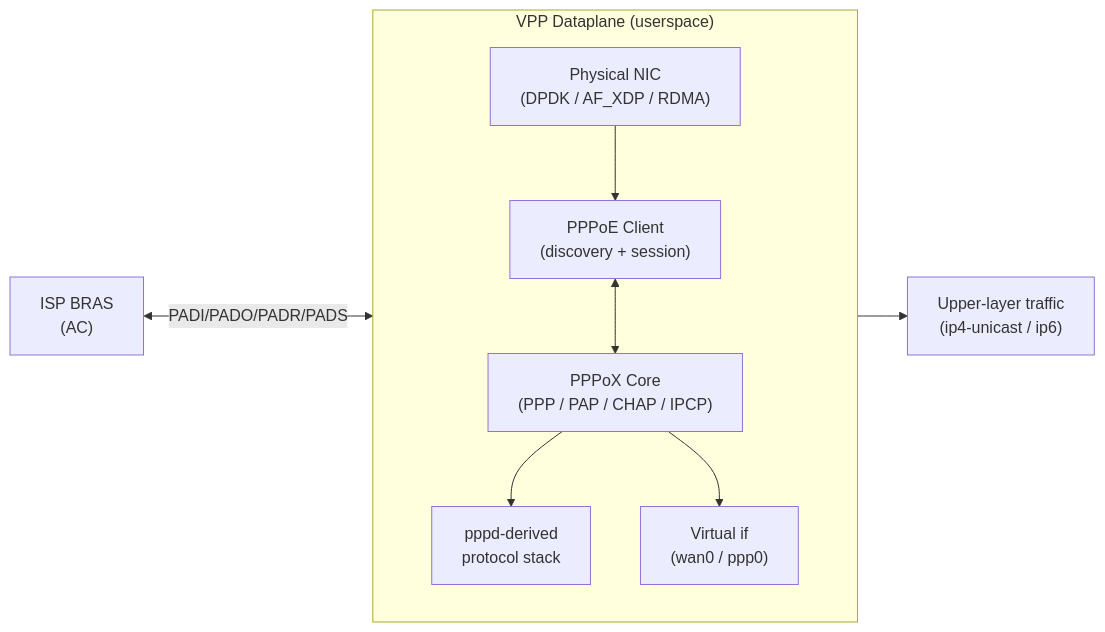
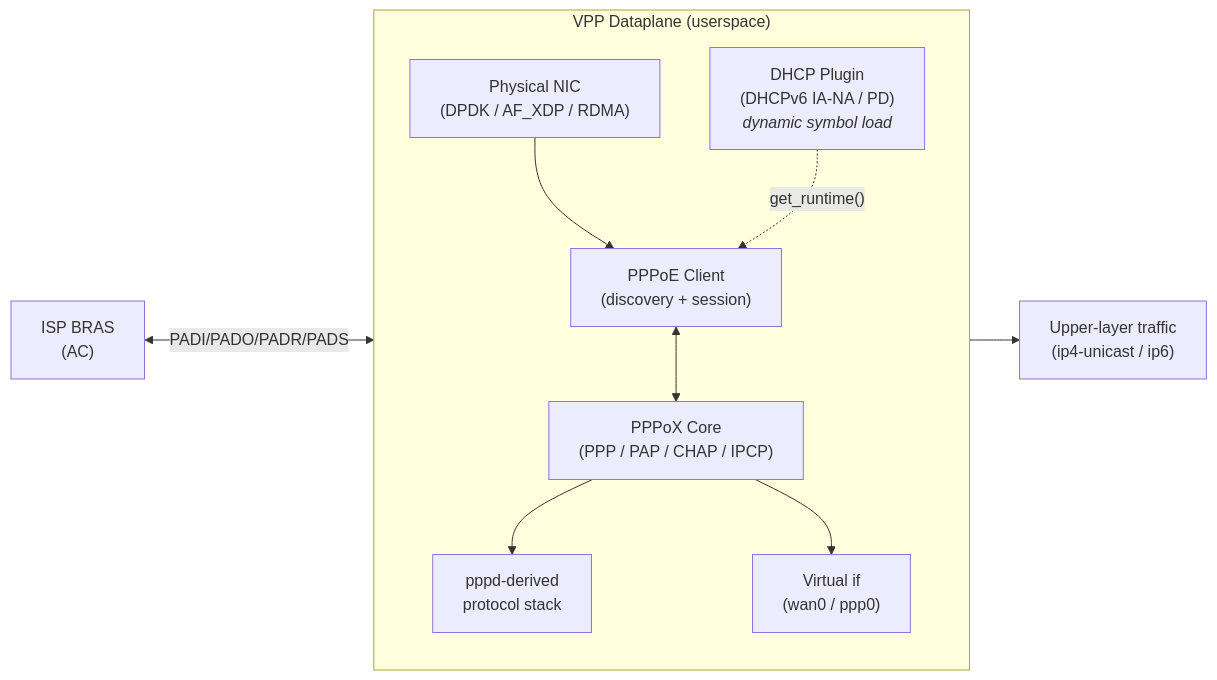
One commit to Hi-Jiajun/vpp-pppoeclient changed the diagram in README.md. Above: the diagram before and after it, drawn with Mermaid. The commit also changed other lines of this file and 1 other file, not shown here.

First line of the commit message:
docs: align README with current pppoeclient plugin capabilities

````diff
--- a/README.md
+++ b/README.md
@@ -27,18 +30,20 @@
 ```mermaid
 flowchart LR
   subgraph VPP["VPP Dataplane (userspace)"]
     direction TB
     HW["Physical NIC<br/>(DPDK / AF_XDP / RDMA)"]
     PPPoE["PPPoE Client<br/>(discovery + session)"]
     PPPoX["PPPoX Core<br/>(PPP / PAP / CHAP / IPCP)"]
     PPPD["pppd-derived<br/>protocol stack"]
+    DHCP["DHCP Plugin<br/>(DHCPv6 IA-NA / PD)<br/><i>dynamic symbol load</i>"]
     TUN["Virtual if<br/>(wan0 / ppp0)"]
   end
 
   ISP["ISP BRAS<br/>(AC)"] <-- PADI/PADO/PADR/PADS --> PPPoE
   PPPoE <--> PPPoX
   PPPoX --> PPPD
   HW --> PPPoE
   PPPoX --> TUN
+  DHCP -. "get_runtime()" .-> PPPoE
   TUN --> UPPER["Upper-layer traffic<br/>(ip4-unicast / ip6)"]
 ```
````
